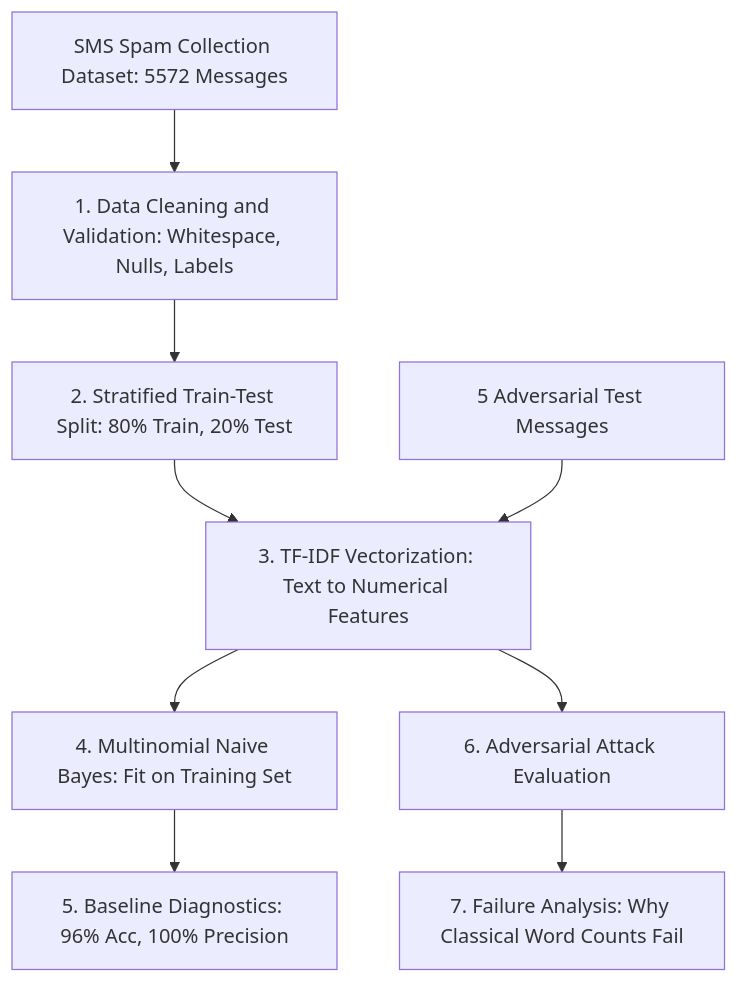
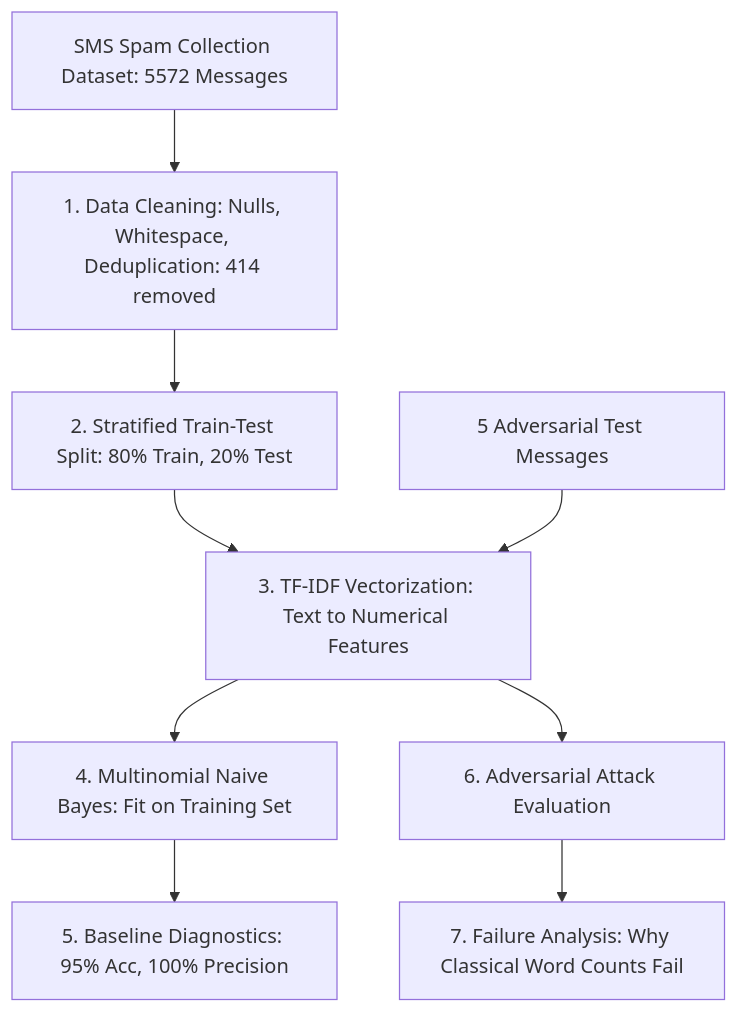
The diagram in week-03/README.md (AbellTT/aws-sbg-tasks), drawn with Mermaid before and after one commit. The commit also changed other lines of this file and 2 other files, not shown here.

Commit message:
fix(week-03): apply deduplication in data cleaning to prevent data leakage

````diff
--- a/week-03/README.md
+++ b/week-03/README.md
@@ -18,12 +18,12 @@
 ```mermaid
 flowchart TD
-    A[SMS Spam Collection Dataset: 5572 Messages] --> B[1. Data Cleaning and Validation: Whitespace, Nulls, Labels]
+    A[SMS Spam Collection Dataset: 5572 Messages] --> B[1. Data Cleaning: Nulls, Whitespace, Deduplication: 414 removed]
     B --> C[2. Stratified Train-Test Split: 80% Train, 20% Test]
     C --> D[3. TF-IDF Vectorization: Text to Numerical Features]
     D --> E[4. Multinomial Naive Bayes: Fit on Training Set]
-    E --> F[5. Baseline Diagnostics: 96% Acc, 100% Precision]
+    E --> F[5. Baseline Diagnostics: 95% Acc, 100% Precision]
     
     Q[5 Adversarial Test Messages] --> D
     D --> G[6. Adversarial Attack Evaluation]
     G --> H[7. Failure Analysis: Why Classical Word Counts Fail]
 ```
````
